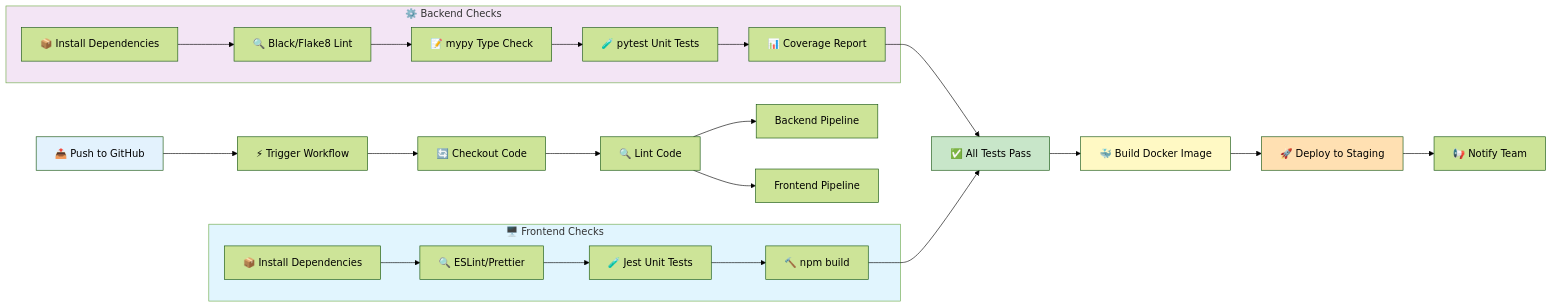
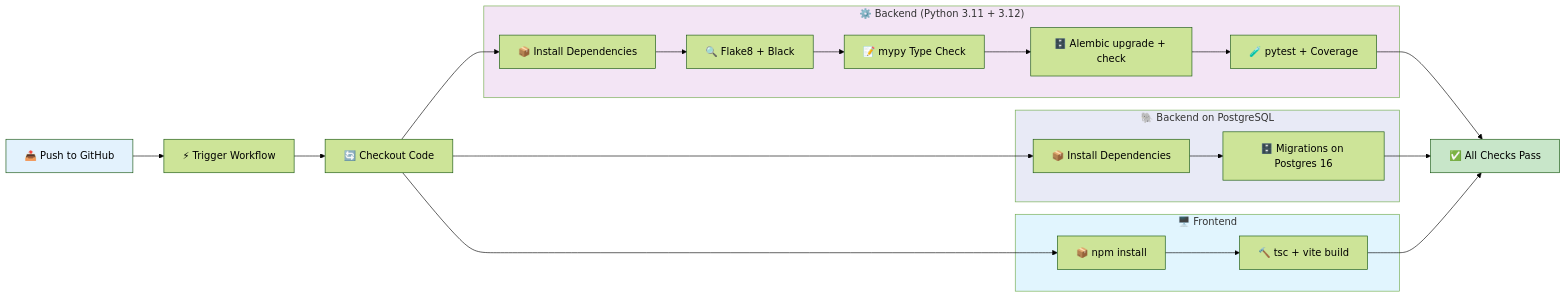
One commit to Ghosts6/RiseUp changed the second of 2 diagrams in README.md. Above: the diagram before and after it, drawn with Mermaid (forest theme). The commit also changed other lines of this file, not shown here.

````diff
--- a/README.md
+++ b/README.md
@@ -232,48 +231,42 @@
 ```mermaid
 graph LR
     PUSH["📤 Push to GitHub"] --> TRIGGER["⚡ Trigger Workflow"]
     
     TRIGGER --> CHECKOUT["🔄 Checkout Code"]
-    CHECKOUT --> LINT["🔍 Lint Code"]
-    
-    LINT --> BACKEND["Backend Pipeline"]
-    LINT --> FRONTEND["Frontend Pipeline"]
-    
-    subgraph Backend["⚙️ Backend Checks"]
+
+    CHECKOUT --> PY_DEPS
+    CHECKOUT --> PG_DEPS
+    CHECKOUT --> JS_DEPS
+
+    subgraph Backend["⚙️ Backend (Python 3.11 + 3.12)"]
         PY_DEPS["📦 Install Dependencies"]
-        PY_LINT["🔍 Black/Flake8 Lint"]
+        PY_LINT["🔍 Flake8 + Black"]
         PY_TYPE["📝 mypy Type Check"]
-        PY_TEST["🧪 pytest Unit Tests"]
-        PY_COV["📊 Coverage Report"]
+        PY_MIG["🗄️ Alembic upgrade + check"]
+        PY_TEST["🧪 pytest + Coverage"]
     end
-    
-    subgraph Frontend["🖥️ Frontend Checks"]
-        JS_DEPS["📦 Install Dependencies"]
-        JS_LINT["🔍 ESLint/Prettier"]
-        JS_TEST["🧪 Jest Unit Tests"]
-        JS_BUILD["🔨 npm build"]
+
+    subgraph Postgres["🐘 Backend on PostgreSQL"]
+        PG_DEPS["📦 Install Dependencies"]
+        PG_MIG["🗄️ Migrations on Postgres 16"]
     end
-    
-    PY_DEPS --> PY_LINT
-    PY_LINT --> PY_TYPE
-    PY_TYPE --> PY_TEST
-    PY_TEST --> PY_COV
-    
-    JS_DEPS --> JS_LINT
-    JS_LINT --> JS_TEST
-    JS_TEST --> JS_BUILD
-    
-    PY_COV --> SUCCESS["✅ All Tests Pass"]
+
+    subgraph Frontend["🖥️ Frontend"]
+        JS_DEPS["📦 npm install"]
+        JS_BUILD["🔨 tsc + vite build"]
+    end
+
+    PY_DEPS --> PY_LINT --> PY_TYPE --> PY_MIG --> PY_TEST
+    PG_DEPS --> PG_MIG
+    JS_DEPS --> JS_BUILD
+
+    PY_TEST --> SUCCESS["✅ All Checks Pass"]
+    PG_MIG --> SUCCESS
     JS_BUILD --> SUCCESS
-    
-    SUCCESS --> DOCKER["🐳 Build Docker Image"]
-    DOCKER --> DEPLOY["🚀 Deploy to Staging"]
-    DEPLOY --> NOTIFY["📢 Notify Team"]
 
     style PUSH fill:#e3f2fd
     style Backend fill:#f3e5f5
+    style Postgres fill:#e8eaf6
     style Frontend fill:#e1f5fe
     style SUCCESS fill:#c8e6c9
-    style DOCKER fill:#fff9c4
-    style DEPLOY fill:#ffe0b2
 ```
````
